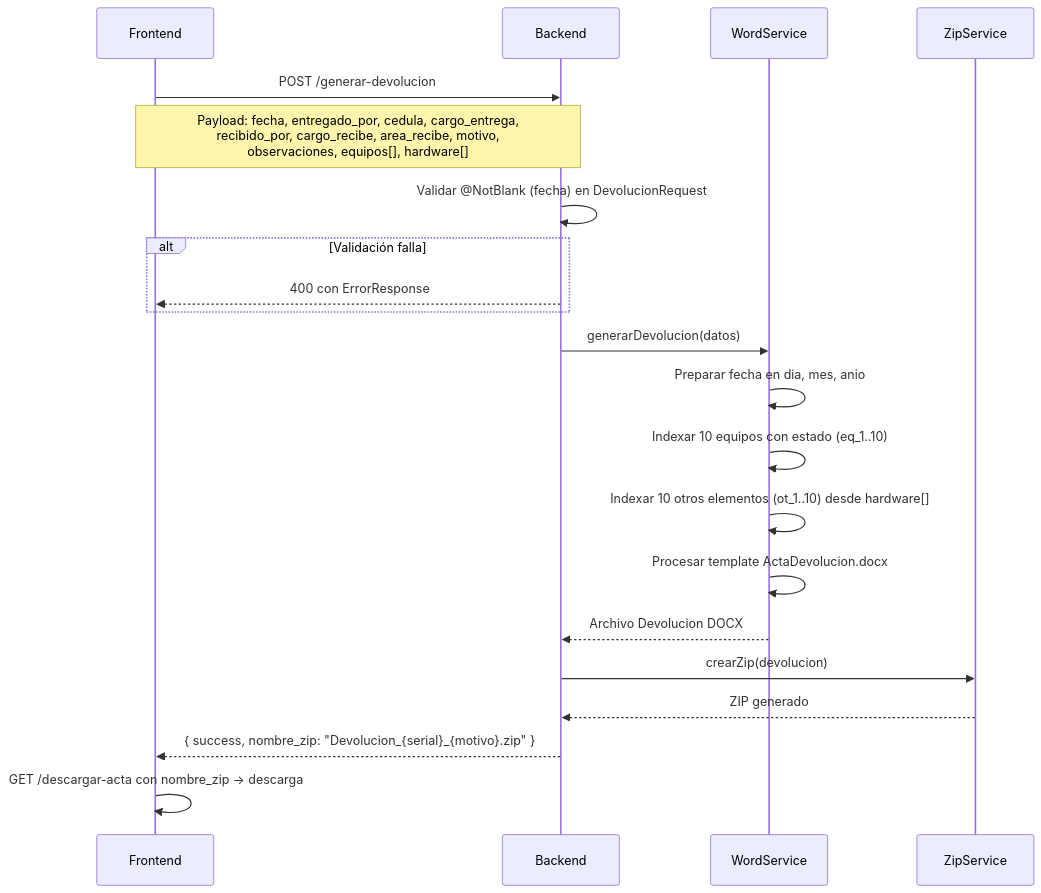
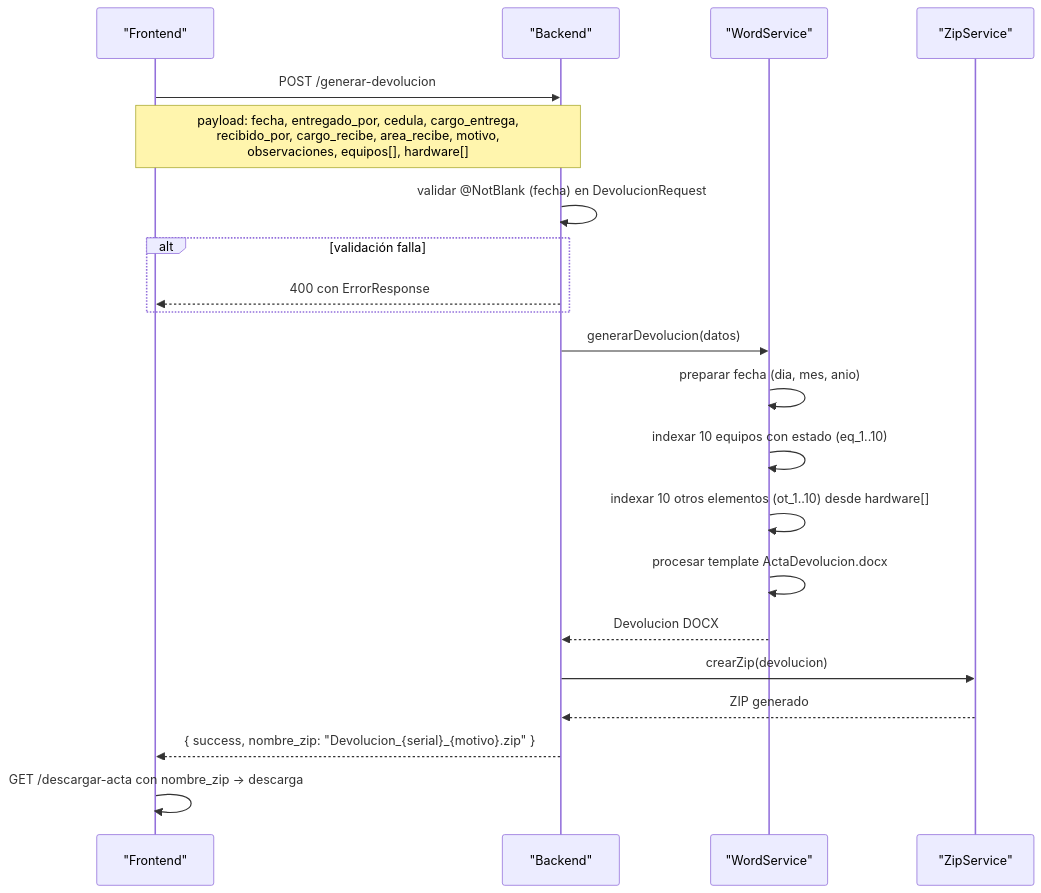
The fifth of 13 diagrams in FLUJO_FUNCIONAL.md (juanjosehc/actas-glpi), drawn with Mermaid before and after one commit. The commit also changed other lines of this file and 11 other files, not shown here.

````diff
--- a/FLUJO_FUNCIONAL.md
+++ b/FLUJO_FUNCIONAL.md
@@ -186,28 +182,24 @@
 ```mermaid
 sequenceDiagram
-    participant U as Frontend
-    participant B as Backend
-    participant W as WordService
-    participant Z as ZipService
+    participant U as "Frontend"
+    participant B as "Backend"
+    participant W as "WordService"
+    participant Z as "ZipService"
 
     U->>B: POST /generar-devolucion
-    Note over U,B: Payload: fecha, entregado_por, cedula, cargo_entrega,<br/>recibido_por, cargo_recibe, area_recibe, motivo,<br/>observaciones, equipos[], hardware[]
-
-    B->>B: Validar @NotBlank (fecha) en DevolucionRequest
-    alt Validación falla
+    Note over U,B: payload: fecha, entregado_por, cedula, cargo_entrega,<br/>recibido_por, cargo_recibe, area_recibe, motivo,<br/>observaciones, equipos[], hardware[]
+    B->>B: validar @NotBlank (fecha) en DevolucionRequest
+    alt validación falla
         B-->>U: 400 con ErrorResponse
     end
-
     B->>W: generarDevolucion(datos)
-    W->>W: Preparar fecha en dia, mes, anio
-    W->>W: Indexar 10 equipos con estado (eq_1..10)
-    W->>W: Indexar 10 otros elementos (ot_1..10) desde hardware[]
-    W->>W: Procesar template ActaDevolucion.docx
-    W-->>B: Archivo Devolucion DOCX
-
+    W->>W: preparar fecha (dia, mes, anio)
+    W->>W: indexar 10 equipos con estado (eq_1..10)
+    W->>W: indexar 10 otros elementos (ot_1..10) desde hardware[]
+    W->>W: procesar template ActaDevolucion.docx
+    W-->>B: Devolucion DOCX
     B->>Z: crearZip(devolucion)
     Z-->>B: ZIP generado
-
     B-->>U: { success, nombre_zip: "Devolucion_{serial}_{motivo}.zip" }
     U->>U: GET /descargar-acta con nombre_zip → descarga
 ```
````
